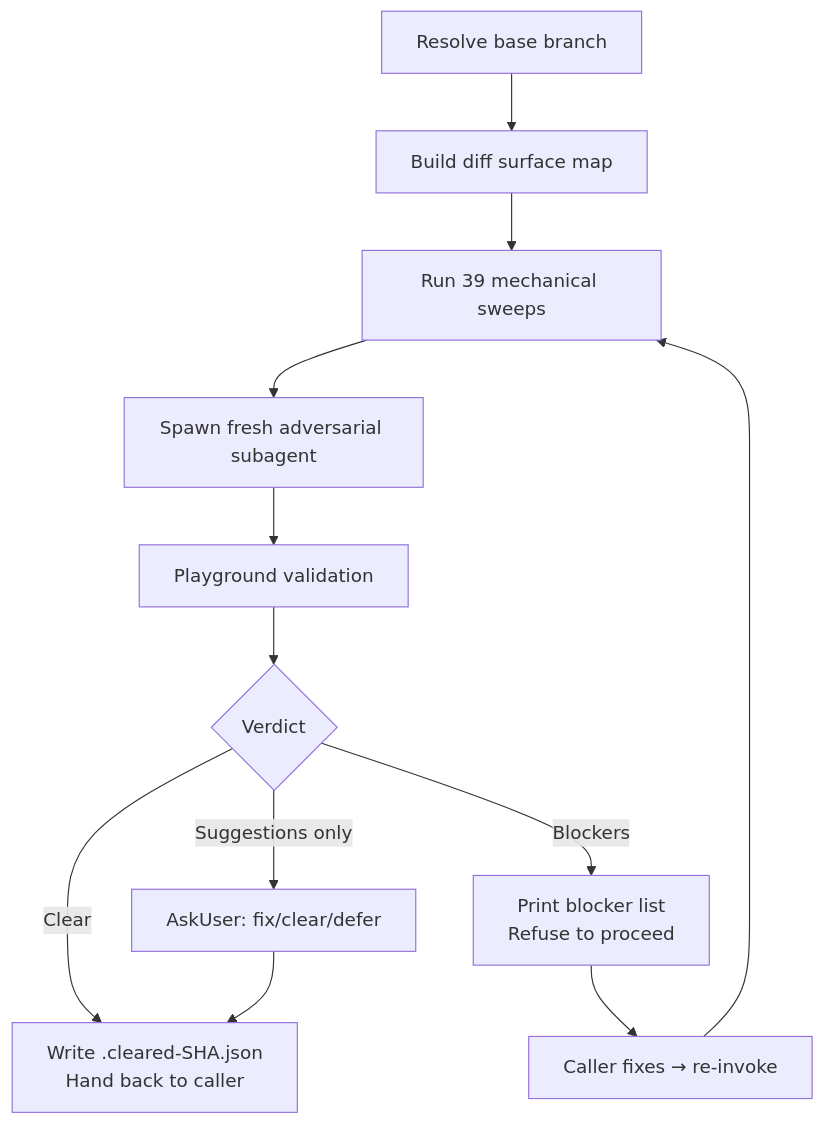
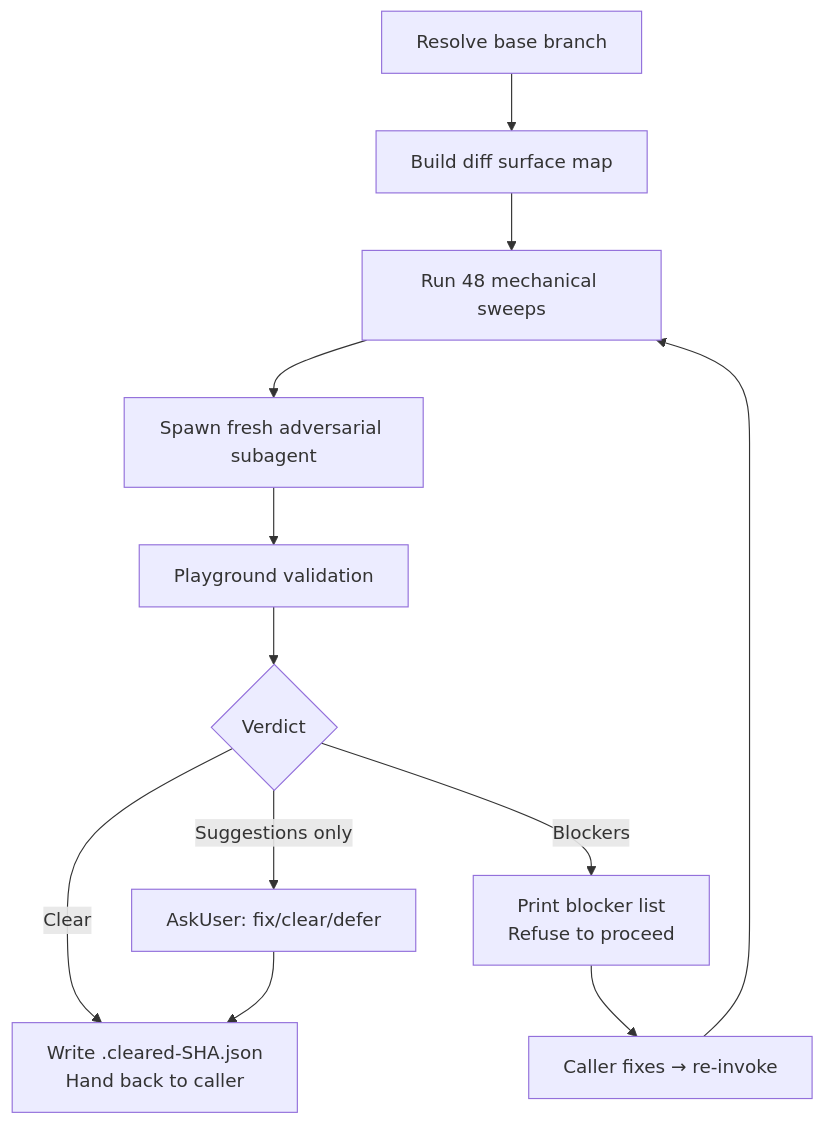
Before and after one commit to whizzzkid/skills: the diagram in skills/adversarial-review/README.md, drawn with Mermaid. The commit also changed other lines of this file and 20 other files, not shown here.

````diff
--- a/skills/adversarial-review/README.md
+++ b/skills/adversarial-review/README.md
@@ -16,14 +16,14 @@
 ```mermaid
 flowchart TD
     A[Resolve base branch] --> B[Build diff surface map]
-    B --> C[Run 39 mechanical sweeps]
+    B --> C[Run 48 mechanical sweeps]
     C --> D[Spawn fresh adversarial subagent]
     D --> E[Playground validation]
     E --> F{Verdict}
     F -->|Clear| G[Write .cleared-SHA.json<br/>Hand back to caller]
     F -->|Blockers| H[Print blocker list<br/>Refuse to proceed]
     F -->|Suggestions only| I[AskUser: fix/clear/defer]
     H --> J[Caller fixes → re-invoke]
     J --> C
     I --> G
 ```
````
